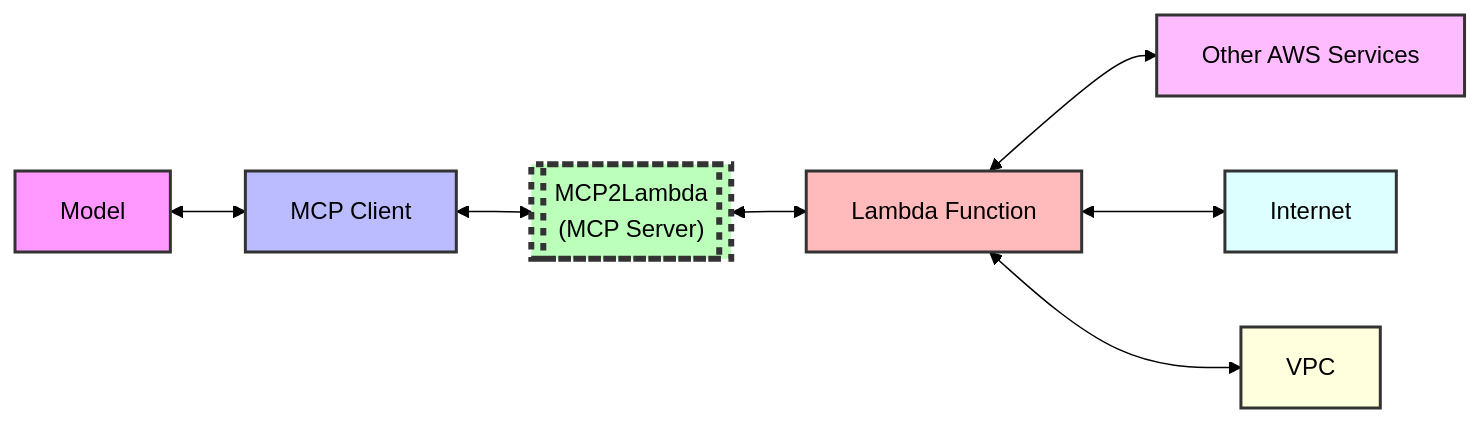
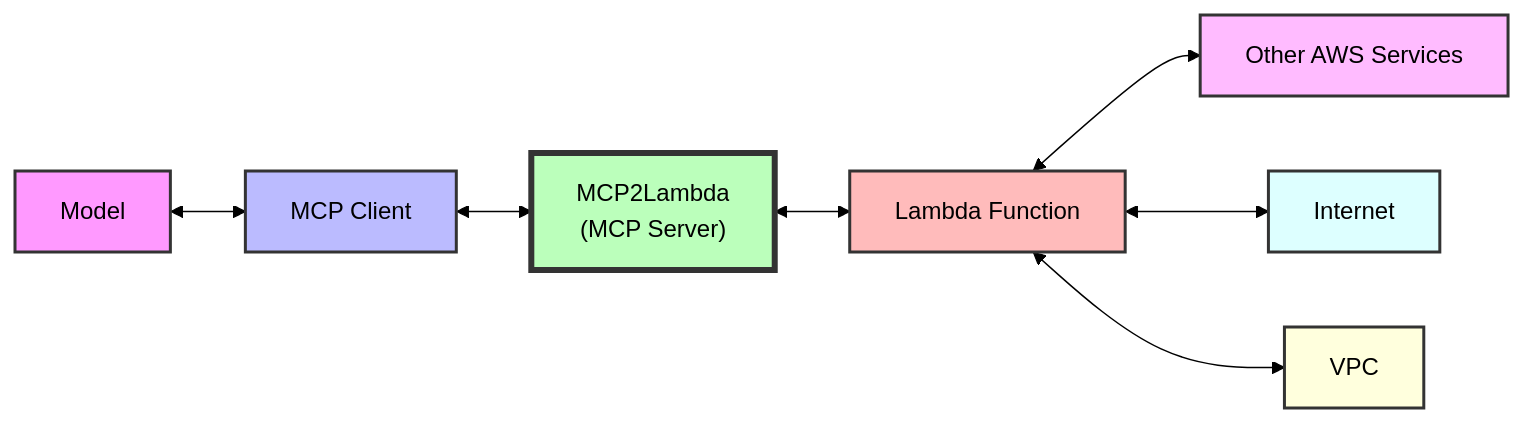
One commit to danilop/MCP2Lambda changed the diagram in README.md. Above: the diagram before and after it, drawn with Mermaid (forest theme).

Commit message:
Added sample MCP client using Amazon Bedrock with the Converse API.

````diff
--- a/README.md
+++ b/README.md
@@ -5,17 +5,17 @@
 ```mermaid
 graph LR
     A[Model] <--> B[MCP Client]
-    B <--> C[["MCP2Lambda<br>(MCP Server)"]]
+    B <--> C["MCP2Lambda<br>(MCP Server)"]
     C <--> D[Lambda Function]
     D <--> E[Other AWS Services]
     D <--> F[Internet]
     D <--> G[VPC]
     
     style A fill:#f9f,stroke:#333,stroke-width:2px
     style B fill:#bbf,stroke:#333,stroke-width:2px
-    style C fill:#bfb,stroke:#333,stroke-width:4px,stroke-dasharray: 5 5
+    style C fill:#bfb,stroke:#333,stroke-width:4px
     style D fill:#fbb,stroke:#333,stroke-width:2px
     style E fill:#fbf,stroke:#333,stroke-width:2px
     style F fill:#dff,stroke:#333,stroke-width:2px
     style G fill:#ffd,stroke:#333,stroke-width:2px
 ```
````
